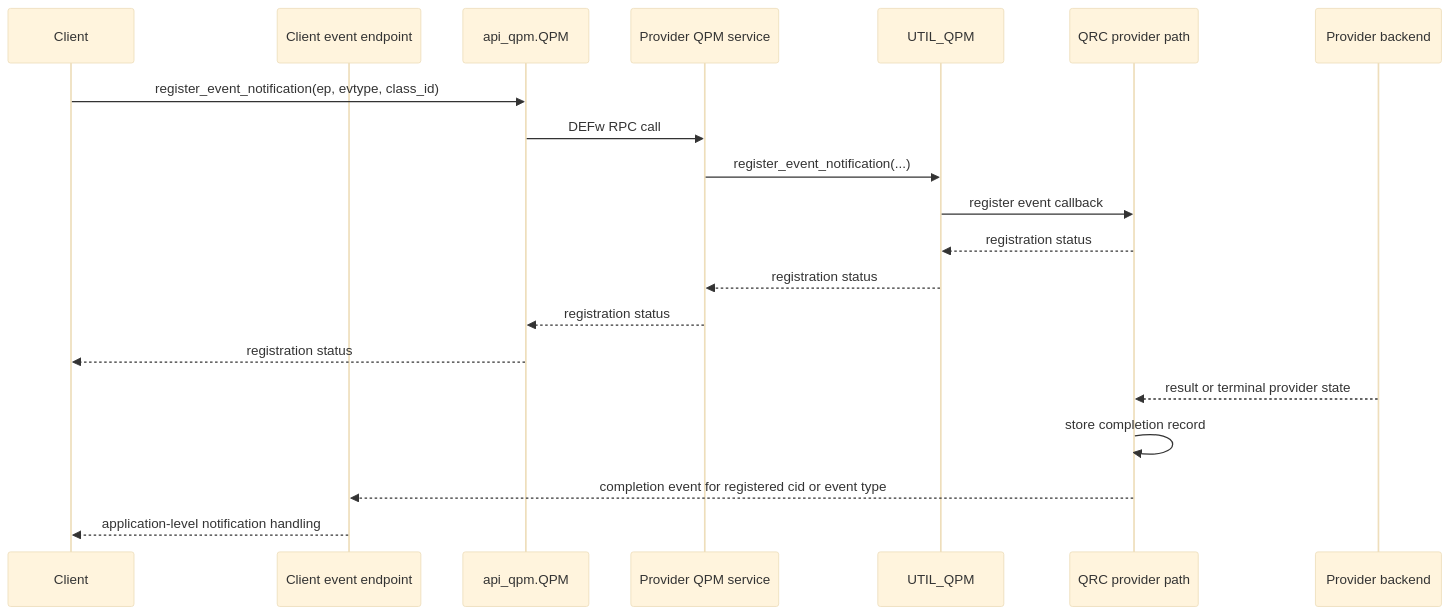
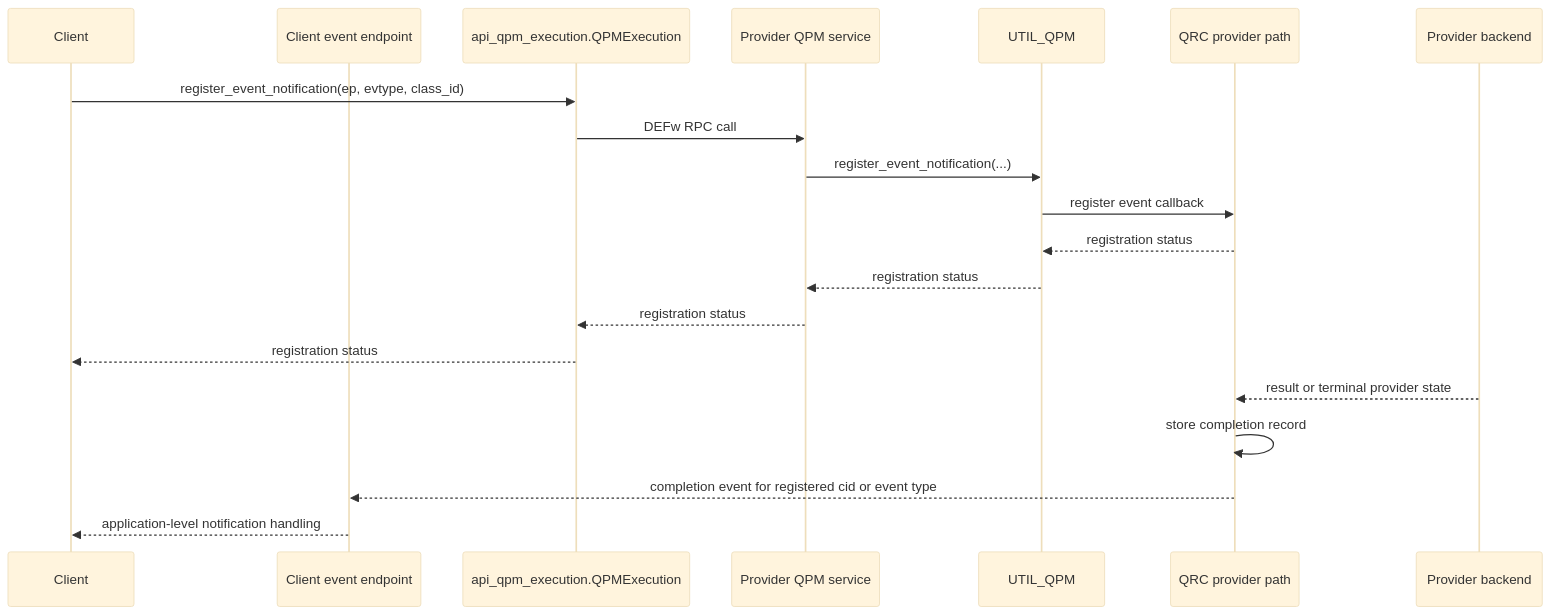
The fifth of 10 diagrams in docs/detailed-design.md (openQSE/QFw), drawn with Mermaid (base theme) before and after one commit. The commit also changed other lines of this file and 55 other files, not shown here.

First line of the commit message:
qpm: complete category API migration

````diff
--- a/docs/detailed-design.md
+++ b/docs/detailed-design.md
@@ -1374,24 +1374,24 @@
 ```mermaid
 sequenceDiagram
     participant Client
     participant EventEP as Client event endpoint
-    participant API as api_qpm.QPM
+    participant API as api_qpm_execution.QPMExecution
     participant QPM as Provider QPM service
     participant UTIL as UTIL_QPM
     participant QRC as QRC provider path
     participant Provider as Provider backend
 
     Client->>API: register_event_notification(ep, evtype, class_id)
     API->>QPM: DEFw RPC call
     QPM->>UTIL: register_event_notification(...)
     UTIL->>QRC: register event callback
     QRC-->>UTIL: registration status
     UTIL-->>QPM: registration status
     QPM-->>API: registration status
     API-->>Client: registration status
 
     Provider-->>QRC: result or terminal provider state
     QRC->>QRC: store completion record
     QRC-->>EventEP: completion event for registered cid or event type
     EventEP-->>Client: application-level notification handling
 ```
````
